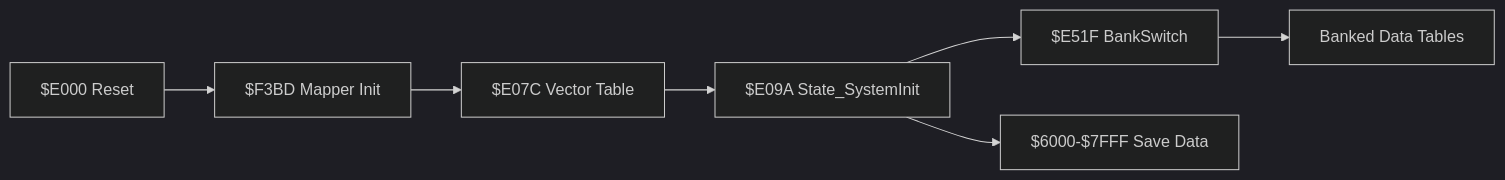
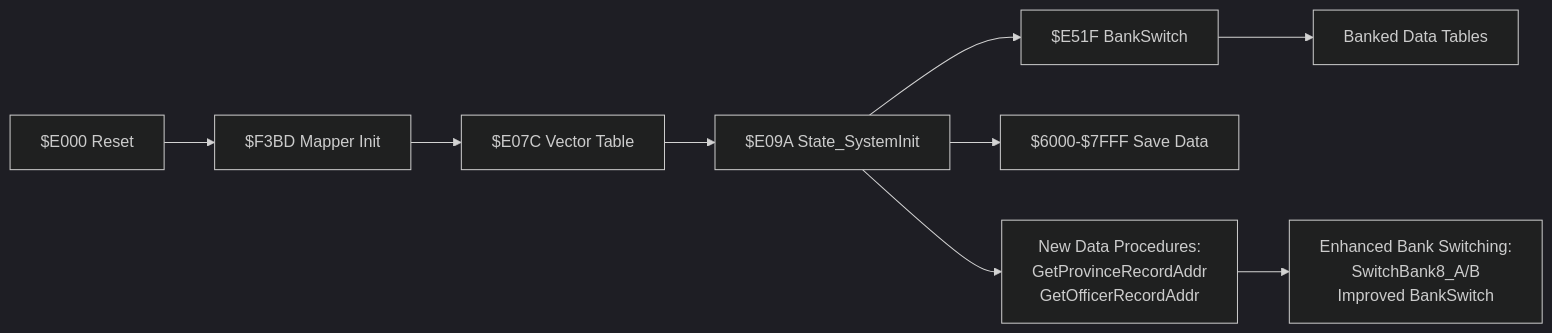
The sixth of 6 diagrams in .qoder/repowiki/en/content/Data Access and Memory Management/Data Access and Memory Management.md (rabbyzero/sango2dasm), drawn with Mermaid (dark theme) before and after one commit. The commit also changed other lines of this file and 23 other files, not shown here.

````diff
--- a/.qoder/repowiki/en/content/Data Access and Memory Management/Data Access and Memory Management.md
+++ b/.qoder/repowiki/en/content/Data Access and Memory Management/Data Access and Memory Management.md
@@ -249,9 +296,11 @@
 ```mermaid
 graph LR
 Reset["$E000 Reset"] --> MapperInit["$F3BD Mapper Init"]
 MapperInit --> Dispatch["$E07C Vector Table"]
 Dispatch --> State0["$E09A State_SystemInit"]
 State0 --> BankSwitch["$E51F BankSwitch"]
 BankSwitch --> PRGTables["Banked Data Tables"]
 State0 --> SRAM["$6000-$7FFF Save Data"]
+State0 --> NewProcedures["New Data Procedures:<br/>GetProvinceRecordAddr<br/>GetOfficerRecordAddr"]
+NewProcedures --> EnhancedBanking["Enhanced Bank Switching:<br/>SwitchBank8_A/B<br/>Improved BankSwitch"]
 ```
````
